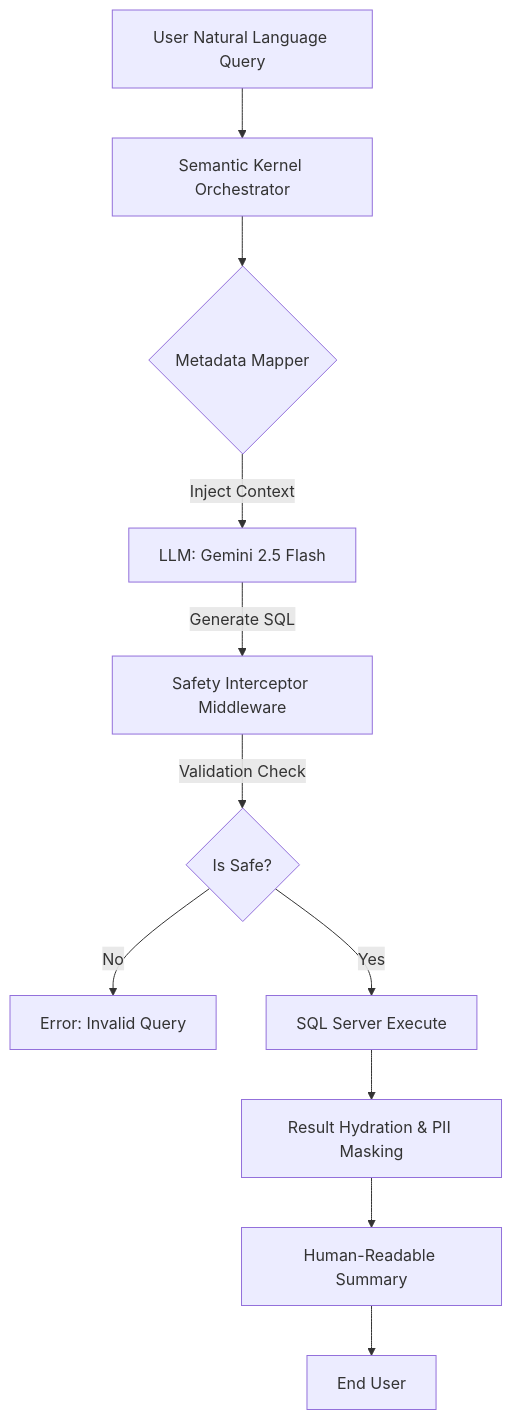
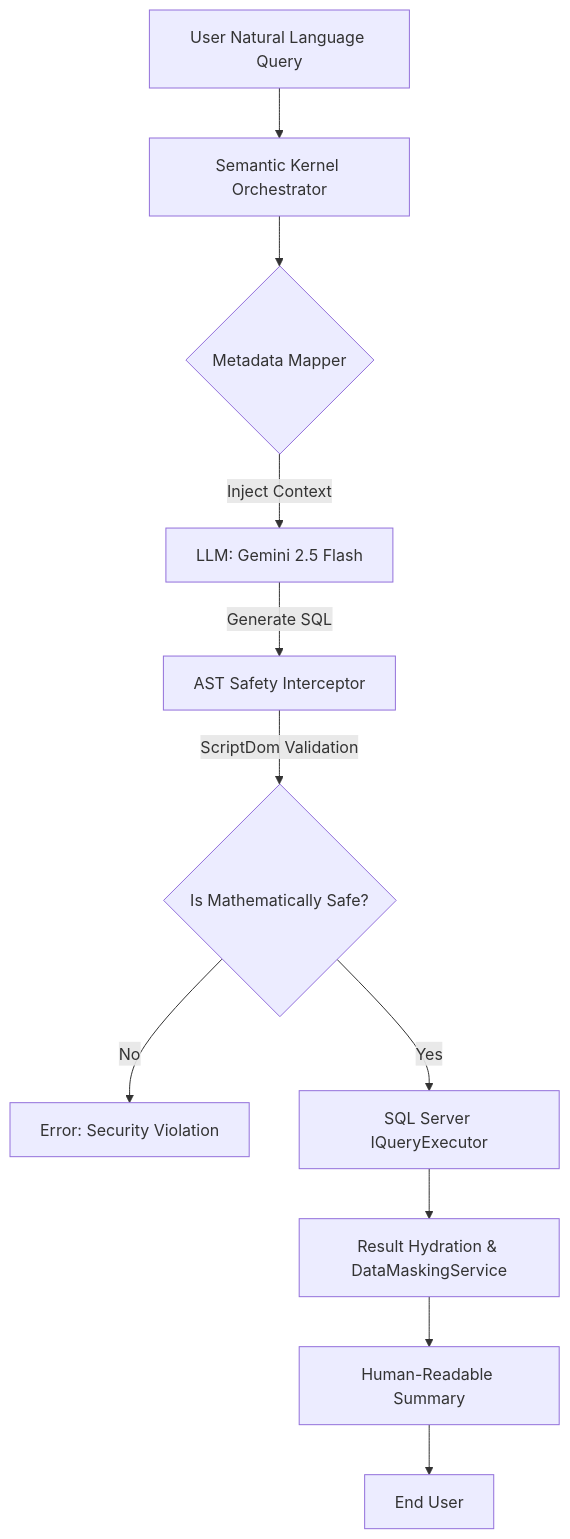
One commit to andyswain33/SQL-to-Natural-Language changed the diagram in README.md. Above: the diagram before and after it, drawn with Mermaid. The commit also changed other lines of this file and 6 other files, not shown here.

````diff
--- a/README.md
+++ b/README.md
@@ -55,13 +58,13 @@
 ```mermaid
 graph TD
     A[User Natural Language Query] --> B[Semantic Kernel Orchestrator]
     B --> C{Metadata Mapper}
     C -->|Inject Context| D[LLM: Gemini 2.5 Flash]
-    D -->|Generate SQL| E[Safety Interceptor Middleware]
-    E -->|Validation Check| F{Is Safe?}
-    F -->|No| G[Error: Invalid Query]
-    F -->|Yes| H[SQL Server Execute]
-    H --> I[Result Hydration & PII Masking]
+    D -->|Generate SQL| E[AST Safety Interceptor]
+    E -->|ScriptDom Validation| F{Is Mathematically Safe?}
+    F -->|No| G[Error: Security Violation]
+    F -->|Yes| H[SQL Server IQueryExecutor]
+    H --> I[Result Hydration & DataMaskingService]
     I --> J[Human-Readable Summary]
     J --> K[End User]
 ```
````
